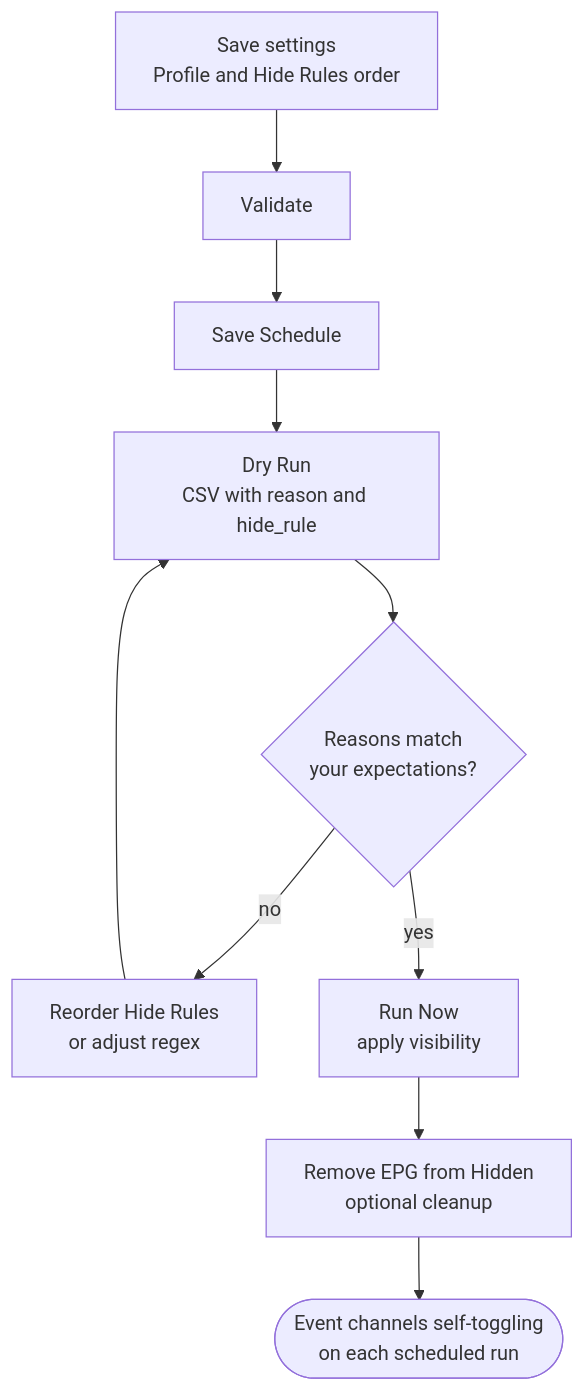
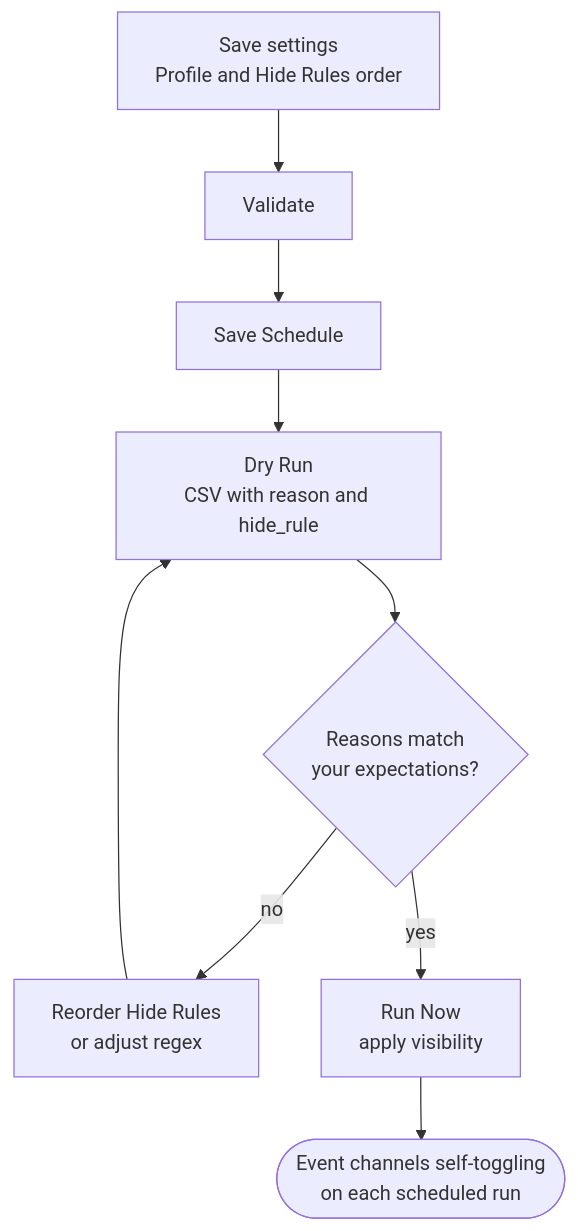
One commit to PiratesIRC/Dispatcharr-Plugin-Workflow changed the diagram in docs/workflow/05-event-channel-managarr.md. Above: the diagram before and after it, drawn with Mermaid. The commit also changed other lines of this file and 9 other files, not shown here.

````diff
--- a/docs/workflow/05-event-channel-managarr.md
+++ b/docs/workflow/05-event-channel-managarr.md
@@ -17,12 +17,11 @@
 ```mermaid
 flowchart TD
     A["Save settings<br/>Profile and Hide Rules order"] --> B["Validate"]
     B --> C["Save Schedule"]
     C --> D["Dry Run<br/>CSV with reason and hide_rule"]
     D --> E{"Reasons match<br/>your expectations?"}
     E -->|no| F["Reorder Hide Rules<br/>or adjust regex"]
     F --> D
     E -->|yes| G["Run Now<br/>apply visibility"]
-    G --> H["Remove EPG from Hidden<br/>optional cleanup"]
-    H --> Z(["Event channels self-toggling<br/>on each scheduled run"])
+    G --> Z(["Event channels self-toggling<br/>on each scheduled run"])
 ```
````
